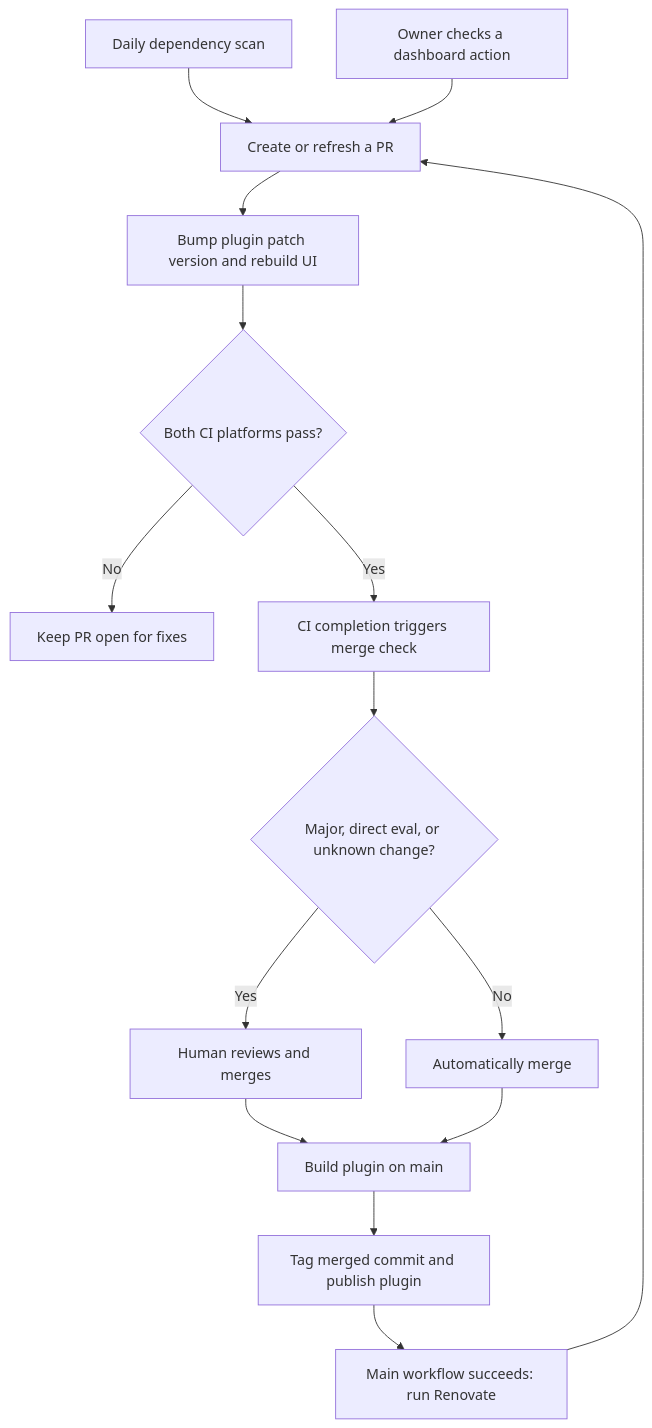
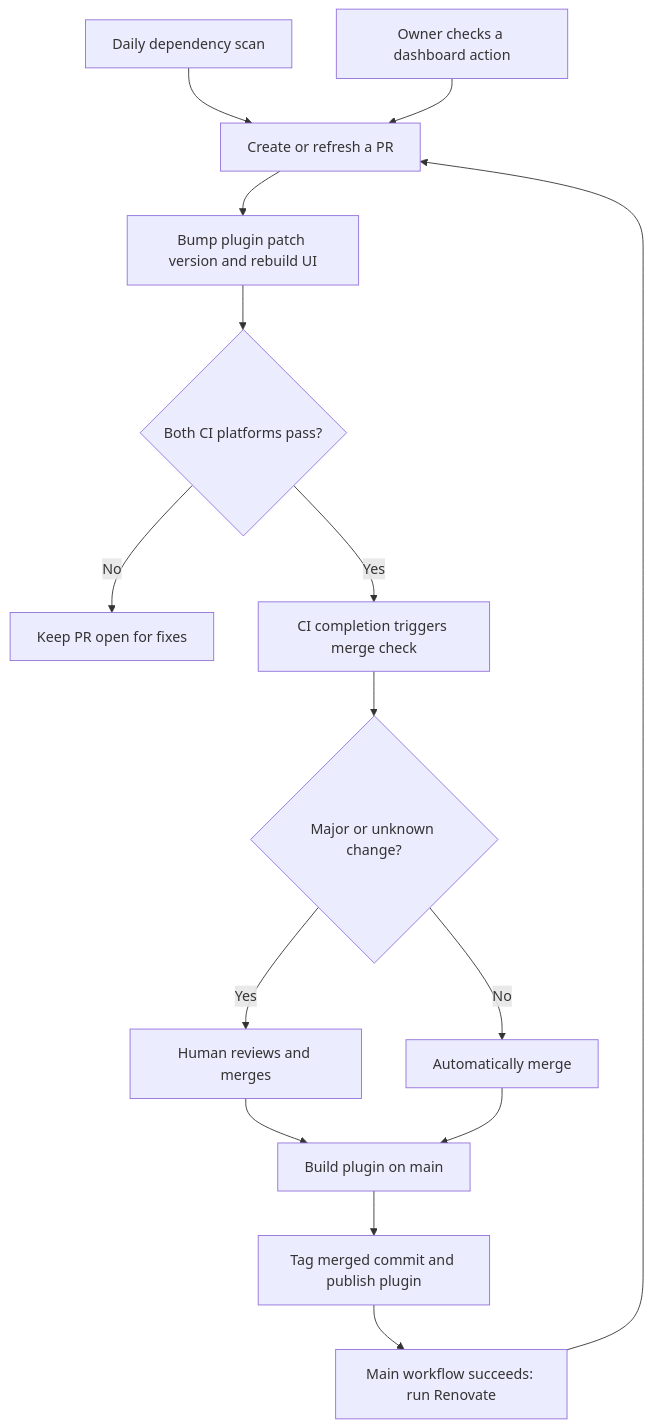
One commit to SamArgt/auto-bean changed the diagram in docs/renovate.md. Above: the diagram before and after it, drawn with Mermaid. The commit also changed other lines of this file and 12 other files, not shown here.

````diff
--- a/docs/renovate.md
+++ b/docs/renovate.md
@@ -20,17 +23,17 @@
 ```mermaid
 flowchart TD
     A[Daily dependency scan] --> B[Create or refresh a PR]
     Q[Owner checks a dashboard action] --> B
     B --> C[Bump plugin patch version and rebuild UI]
     C --> D{Both CI platforms pass?}
     D -- No --> E[Keep PR open for fixes]
     D -- Yes --> M[CI completion triggers merge check]
-    M --> F{Major, direct eval, or unknown change?}
+    M --> F{Major or unknown change?}
     F -- Yes --> G[Human reviews and merges]
     F -- No --> H[Automatically merge]
     G --> I[Build plugin on main]
     H --> I
     I --> K[Tag merged commit and publish plugin]
     K --> R[Main workflow succeeds: run Renovate]
     R --> B
 ```
````
